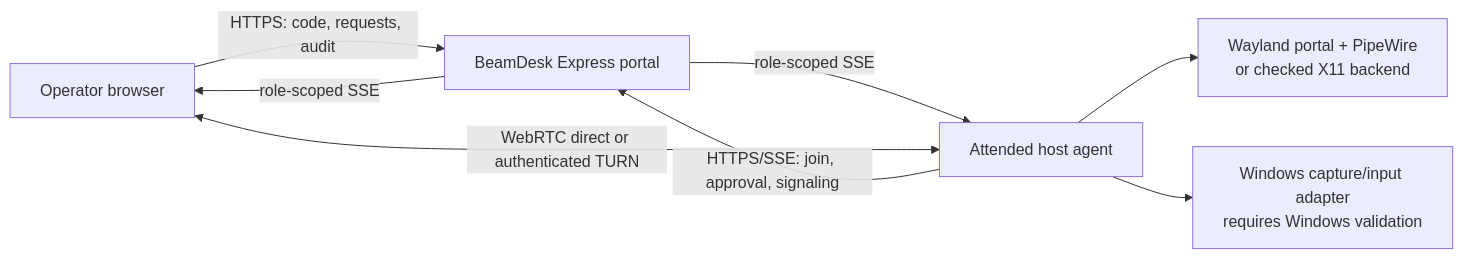
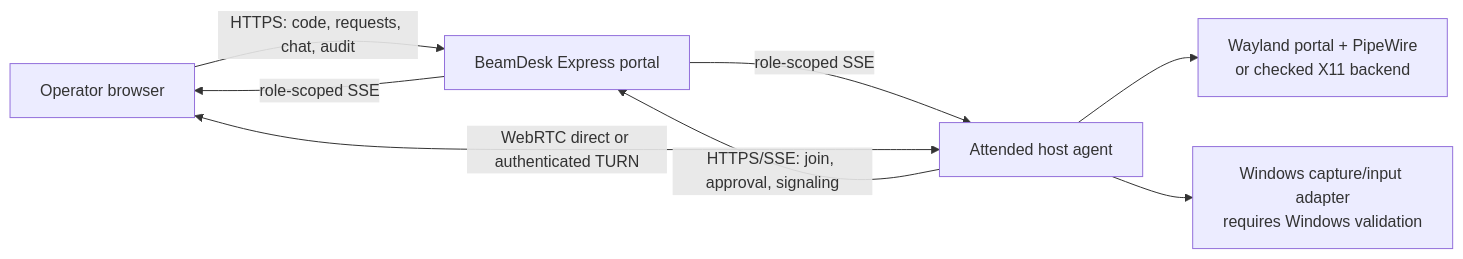
One commit to vincenzo-afk/beamdesk-portal changed the diagram in README.md. Above: the diagram before and after it, drawn with Mermaid. The commit also changed other lines of this file and 4 other files, not shown here.

````diff
--- a/README.md
+++ b/README.md
@@ -37,10 +37,10 @@
 ```mermaid
 flowchart LR
-  O[Operator browser] -->|HTTPS: code, requests, audit| P[BeamDesk Express portal]
+	O[Operator browser] -->|HTTPS: code, requests, chat, audit| P[BeamDesk Express portal]
   H[Attended host agent] -->|HTTPS/SSE: join, approval, signaling| P
   P -->|role-scoped SSE| O
   P -->|role-scoped SSE| H
   O <-->|WebRTC direct or authenticated TURN| H
   H --> W[Wayland portal + PipeWire\nor checked X11 backend]
   H --> X[Windows capture/input adapter\nrequires Windows validation]
 ```
````
